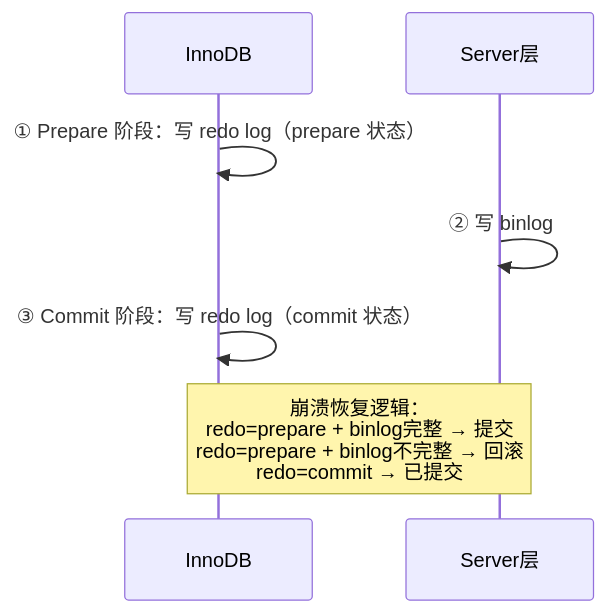
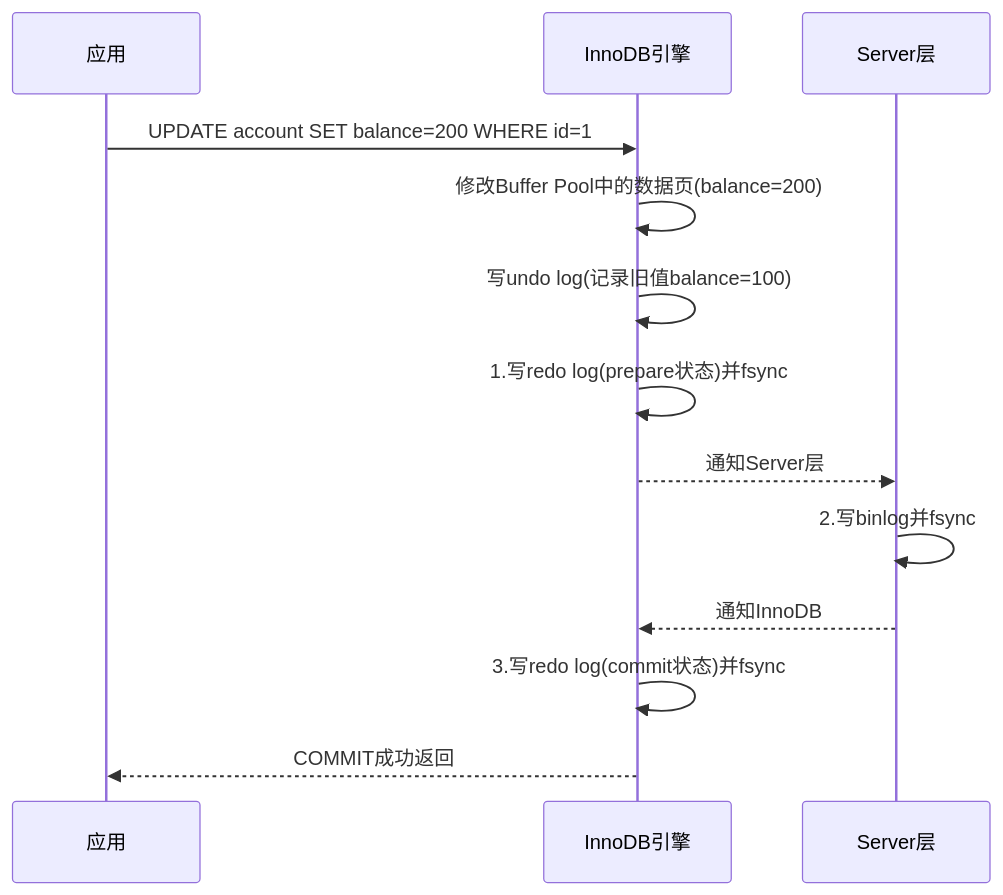
Before and after one commit to AHUCodingBeast/blogs: diagram 12 of 15 in 数据库/MySQL-Interview-Notes.md, drawn with Mermaid. The commit also changed other lines of this file and 3 other files, not shown here.

````diff
--- a/数据库/MySQL-Interview-Notes.md
+++ b/数据库/MySQL-Interview-Notes.md
@@ -425,11 +446,16 @@
 ```mermaid
 sequenceDiagram
-    participant Engine as InnoDB
+    participant App as 应用
+    participant Engine as InnoDB引擎
     participant Server as Server层
 
-    Engine->>Engine: ① Prepare 阶段：写 redo log（prepare 状态）
-    Server->>Server: ② 写 binlog
-    Engine->>Engine: ③ Commit 阶段：写 redo log（commit 状态）
-    
-    Note over Engine,Server: 崩溃恢复逻辑：<br/>redo=prepare + binlog完整 → 提交<br/>redo=prepare + binlog不完整 → 回滚<br/>redo=commit → 已提交
+    App->>Engine: UPDATE account SET balance=200 WHERE id=1
+    Engine->>Engine: 修改Buffer Pool中的数据页(balance=200)
+    Engine->>Engine: 写undo log(记录旧值balance=100)
+    Engine->>Engine: 1.写redo log(prepare状态)并fsync
+    Engine-->>Server: 通知Server层
+    Server->>Server: 2.写binlog并fsync
+    Server-->>Engine: 通知InnoDB
+    Engine->>Engine: 3.写redo log(commit状态)并fsync
+    Engine-->>App: COMMIT成功返回
 ```
````
